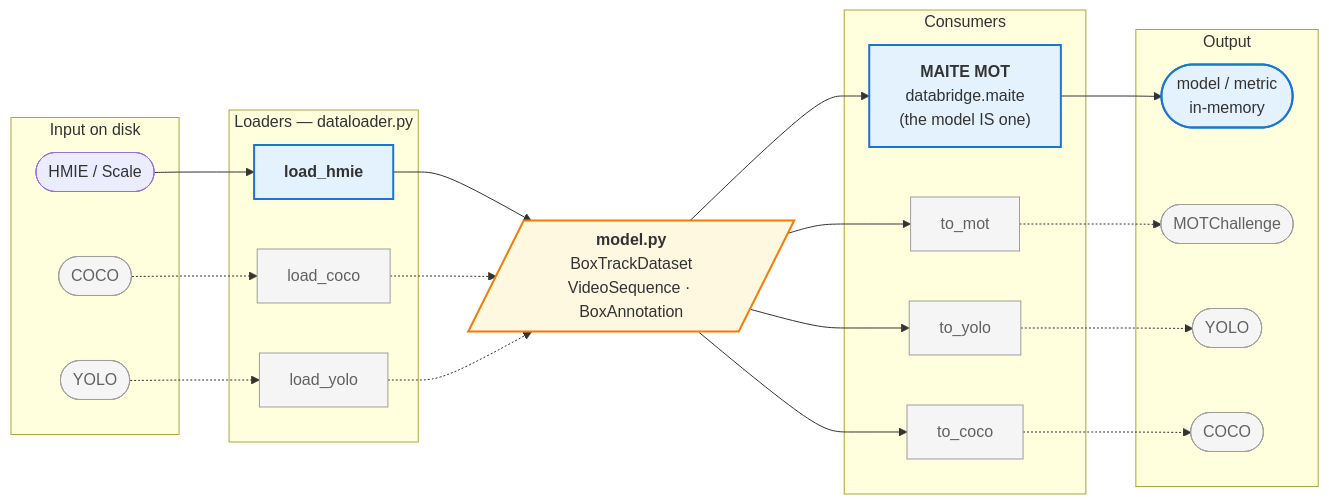
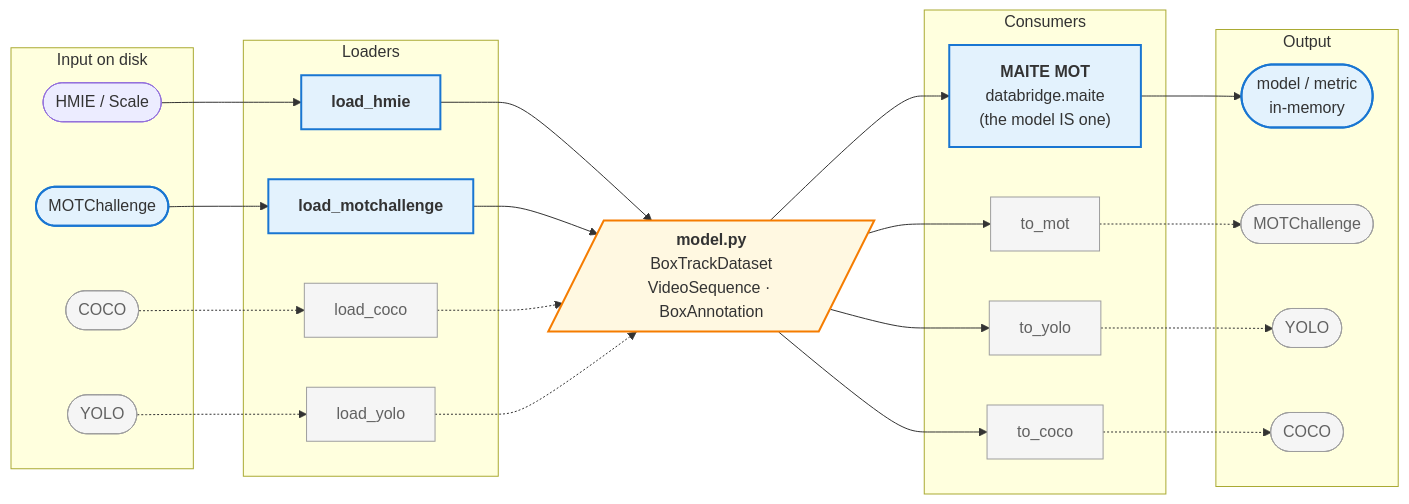
The first of 8 diagrams in docs/architecture.md (openteams-ai/datamaite), drawn with Mermaid before and after one commit. The commit also changed other lines of this file and 11 other files, not shown here.

````diff
--- a/docs/architecture.md
+++ b/docs/architecture.md
@@ -27,53 +29,57 @@
 ```mermaid
 flowchart LR
     subgraph in [Input on disk]
         HMIE([HMIE / Scale])
+        MOTIN([MOTChallenge])
         COCOIN([COCO])
         YOLOIN([YOLO])
     end
 
-    subgraph loaders [Loaders — dataloader.py]
+    subgraph loaders [Loaders]
         LH["<b>load_hmie</b>"]
+        LM["<b>load_motchallenge</b>"]
         LC["load_coco"]
         LY["load_yolo"]
     end
 
     HUB[/"<b>model.py</b><br/>BoxTrackDataset<br/>VideoSequence · BoxAnnotation"/]
 
     subgraph consumers [Consumers]
         MAITE["<b>MAITE MOT</b><br/>databridge.maite<br/>(the model IS one)"]
         TM["to_mot"]
         TY["to_yolo"]
         TC["to_coco"]
     end
 
     subgraph out [Output]
         MAITEOUT([model / metric<br/>in-memory])
         MOTOUT([MOTChallenge])
         YOLOUT([YOLO])
         COCOUT([COCO])
     end
 
     HMIE --> LH
+    MOTIN --> LM
     COCOIN -.-> LC
     YOLOIN -.-> LY
     LH --> HUB
+    LM --> HUB
     LC -.-> HUB
     LY -.-> HUB
     HUB --> MAITE
     HUB --> TM
     HUB --> TY
     HUB --> TC
     MAITE --> MAITEOUT
     TM -.-> MOTOUT
     TY -.-> YOLOUT
     TC -.-> COCOUT
 
     classDef hub fill:#fff8e1,stroke:#f57c00,stroke-width:2px;
     classDef impl fill:#e3f2fd,stroke:#1976d2,stroke-width:2px;
     classDef planned fill:#f5f5f5,stroke:#9e9e9e,color:#616161;
     class HUB hub;
-    class LH,MAITE impl;
-    class MAITEOUT impl;
+    class LH,LM,MAITE impl;
+    class MAITEOUT,MOTIN impl;
     class LC,LY,TM,TY,TC,COCOIN,YOLOIN,MOTOUT,YOLOUT,COCOUT planned;
 ```
````
